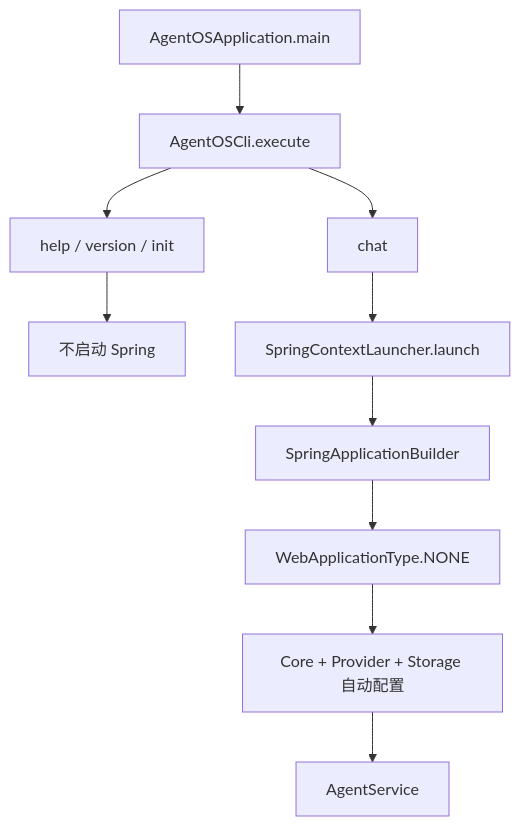
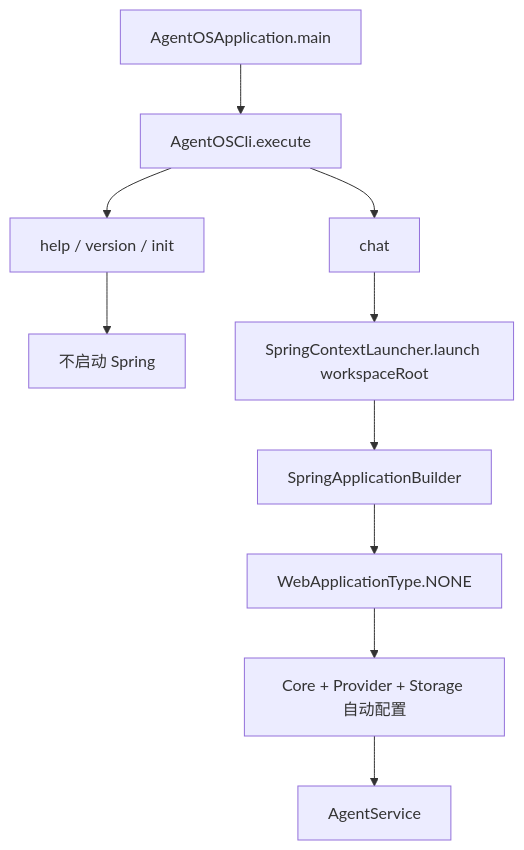
Before and after one commit to wangkaiqistart/agent-os: the diagram in docs/code-reading/AgentOS-boot.md, drawn with Mermaid. The commit also changed other lines of this file and 5 other files, not shown here.

````diff
--- a/docs/code-reading/AgentOS-boot.md
+++ b/docs/code-reading/AgentOS-boot.md
@@ -9,12 +9,12 @@
 ```mermaid
 flowchart TD
     Main[AgentOSApplication.main] --> CLI[AgentOSCli.execute]
     CLI --> File[help / version / init]
     CLI --> Chat[chat]
     File --> NoSpring[不启动 Spring]
-    Chat --> Launcher[SpringContextLauncher.launch]
+    Chat --> Launcher[SpringContextLauncher.launch workspaceRoot]
     Launcher --> App[SpringApplicationBuilder]
     App --> None[WebApplicationType.NONE]
     None --> Beans[Core + Provider + Storage 自动配置]
     Beans --> Service[AgentService]
 ```
````
